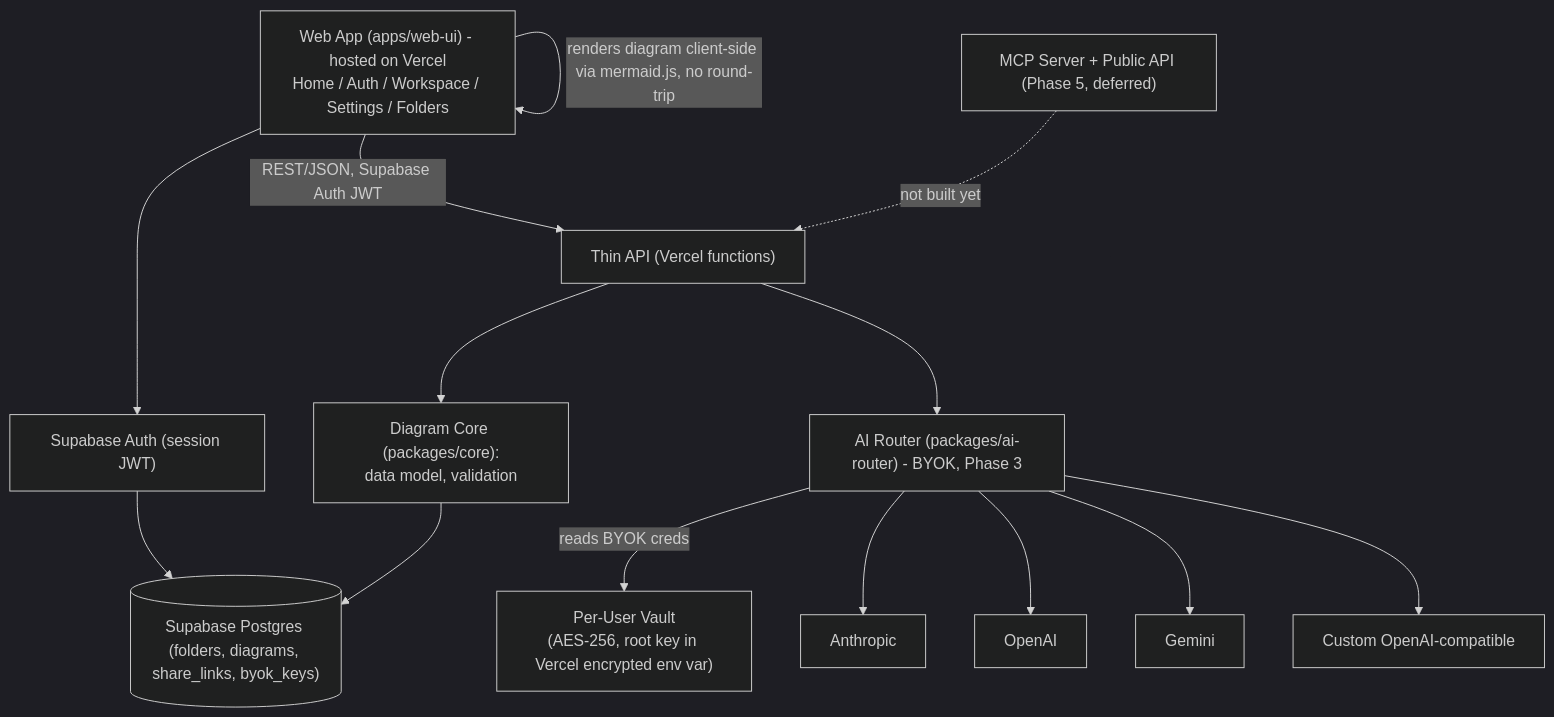
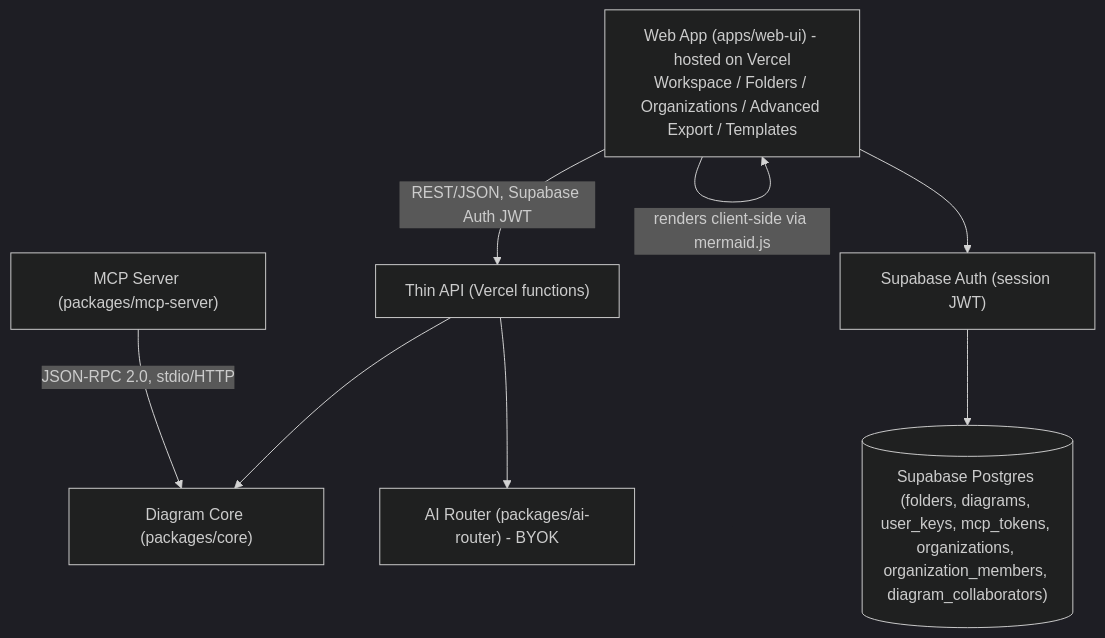
Before and after one commit to oznerta/TxtGrph: the first of 2 diagrams in .omnigate/PROJECT-CONTEXT.md, drawn with Mermaid (dark theme). The commit also changed other lines of this file and 53 other files, not shown here.

First line of the commit message:
feat(web-ui): production-grade features, auth redesign, cleanup & 0-diagnostic svelte-check

````diff
--- a/.omnigate/PROJECT-CONTEXT.md
+++ b/.omnigate/PROJECT-CONTEXT.md
@@ -121,16 +104,10 @@
 ```mermaid
 graph TD
-    Browser["Web App (apps/web-ui) - hosted on Vercel<br/>Home / Auth / Workspace / Settings / Folders"] -->|renders diagram client-side via mermaid.js, no round-trip| Browser
+    Browser["Web App (apps/web-ui) - hosted on Vercel<br/>Workspace / Folders / Organizations / Advanced Export / Templates"] -->|renders client-side via mermaid.js| Browser
     Browser -->|REST/JSON, Supabase Auth JWT| API["Thin API (Vercel functions)"]
     Browser --> SupaAuth["Supabase Auth (session JWT)"]
-    API --> Core["Diagram Core (packages/core):<br/>data model, validation"]
-    API --> AIRouter["AI Router (packages/ai-router) - BYOK, Phase 3"]
-    AIRouter -->|reads BYOK creds| Vault["Per-User Vault<br/>(AES-256, root key in Vercel encrypted env var)"]
-    AIRouter --> Anthropic["Anthropic"]
-    AIRouter --> OpenAI["OpenAI"]
-    AIRouter --> Gemini["Gemini"]
-    AIRouter --> CustomLLM["Custom OpenAI-compatible"]
-    SupaAuth --> DB[("Supabase Postgres (folders, diagrams, share_links, byok_keys)")]
-    Core --> DB
-    MCPFuture["MCP Server + Public API (Phase 5, deferred)"] -.->|not built yet| API
+    API --> Core["Diagram Core (packages/core)"]
+    API --> AIRouter["AI Router (packages/ai-router) - BYOK"]
+    MCPServer["MCP Server (packages/mcp-server)"] -->|JSON-RPC 2.0, stdio/HTTP| Core
+    SupaAuth --> DB[("Supabase Postgres (folders, diagrams, user_keys, mcp_tokens, organizations, organization_members, diagram_collaborators)")]
 ```
````
